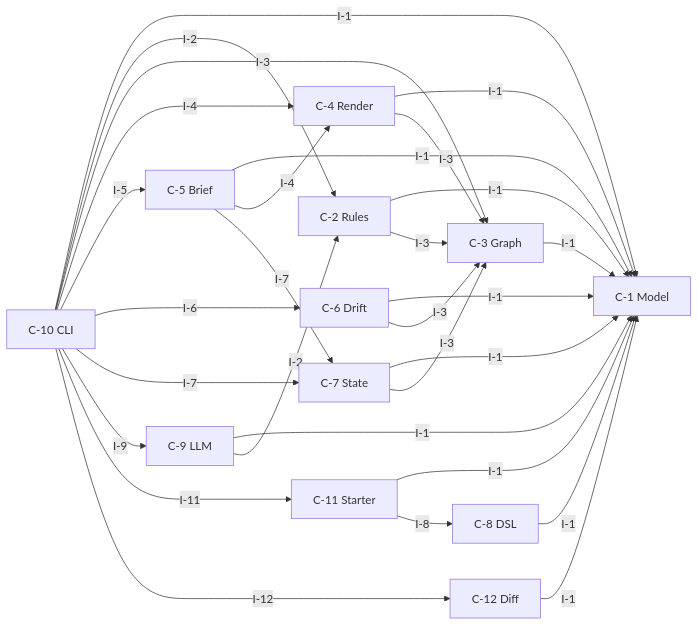
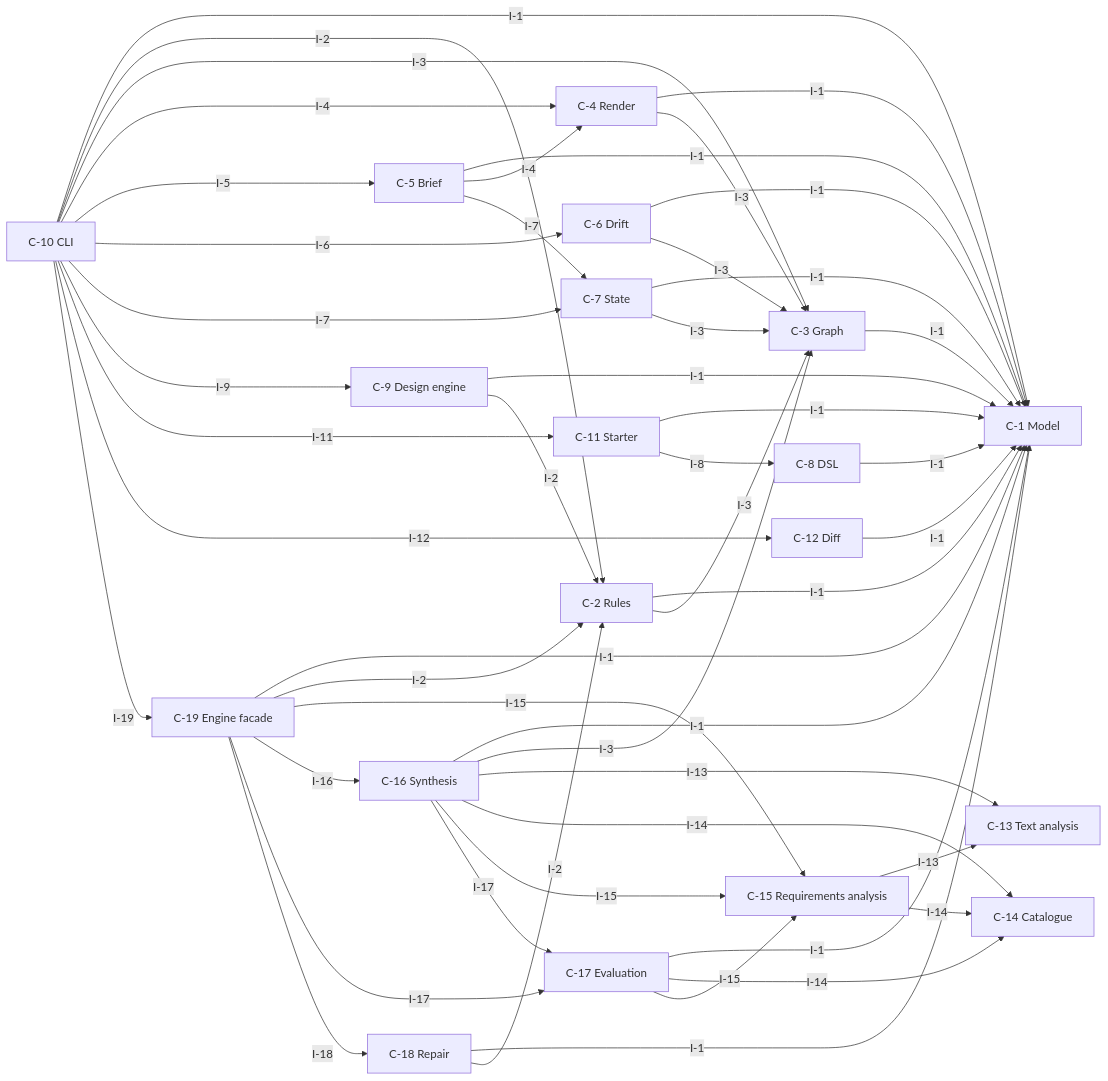
Before and after one commit to yui9696/sekkei: the first of 2 diagrams in examples/self/DESIGN.md, drawn with Mermaid. The commit also changed other lines of this file and 27 other files, not shown here.

First line of the commit message:
Add the design engine: sekkei designs from a requirements text without a model

````diff
--- a/examples/self/DESIGN.md
+++ b/examples/self/DESIGN.md
@@ -39,43 +42,70 @@
 ```mermaid
 graph LR
   C_1["C-1 Model"]
   C_2["C-2 Rules"]
   C_3["C-3 Graph"]
   C_4["C-4 Render"]
   C_5["C-5 Brief"]
   C_6["C-6 Drift"]
   C_7["C-7 State"]
   C_8["C-8 DSL"]
-  C_9["C-9 LLM"]
+  C_9["C-9 Design engine"]
   C_10["C-10 CLI"]
   C_11["C-11 Starter"]
   C_12["C-12 Diff"]
+  C_13["C-13 Text analysis"]
+  C_14["C-14 Catalogue"]
+  C_15["C-15 Requirements analysis"]
+  C_16["C-16 Synthesis"]
+  C_17["C-17 Evaluation"]
+  C_18["C-18 Repair"]
+  C_19["C-19 Engine facade"]
   C_2 -->|I-1| C_1
   C_2 -->|I-3| C_3
   C_3 -->|I-1| C_1
   C_4 -->|I-1| C_1
   C_4 -->|I-3| C_3
   C_5 -->|I-1| C_1
   C_5 -->|I-4| C_4
   C_5 -->|I-7| C_7
   C_6 -->|I-1| C_1
   C_6 -->|I-3| C_3
   C_7 -->|I-1| C_1
   C_7 -->|I-3| C_3
   C_8 -->|I-1| C_1
   C_9 -->|I-1| C_1
   C_9 -->|I-2| C_2
   C_10 -->|I-1| C_1
   C_10 -->|I-2| C_2
   C_10 -->|I-3| C_3
   C_10 -->|I-4| C_4
   C_10 -->|I-5| C_5
   C_10 -->|I-6| C_6
   C_10 -->|I-7| C_7
   C_10 -->|I-9| C_9
   C_10 -->|I-11| C_11
   C_10 -->|I-12| C_12
+  C_10 -->|I-19| C_19
   C_11 -->|I-1| C_1
   C_11 -->|I-8| C_8
   C_12 -->|I-1| C_1
+  C_15 -->|I-13| C_13
+  C_15 -->|I-14| C_14
+  C_16 -->|I-1| C_1
+  C_16 -->|I-3| C_3
+  C_16 -->|I-13| C_13
+  C_16 -->|I-14| C_14
+  C_16 -->|I-15| C_15
+  C_16 -->|I-17| C_17
+  C_17 -->|I-1| C_1
+  C_17 -->|I-14| C_14
+  C_17 -->|I-15| C_15
+  C_18 -->|I-1| C_1
+  C_18 -->|I-2| C_2
+  C_19 -->|I-1| C_1
+  C_19 -->|I-2| C_2
+  C_19 -->|I-15| C_15
+  C_19 -->|I-16| C_16
+  C_19 -->|I-17| C_17
+  C_19 -->|I-18| C_18
 ```
````
